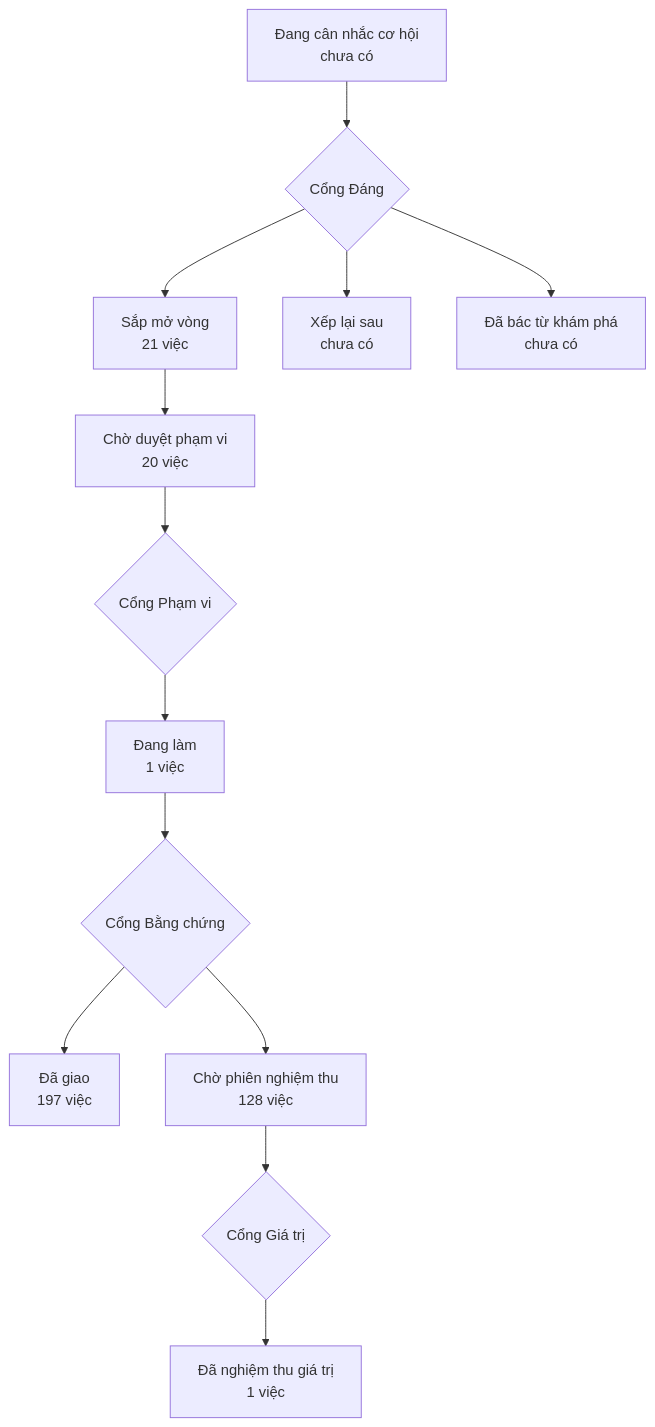
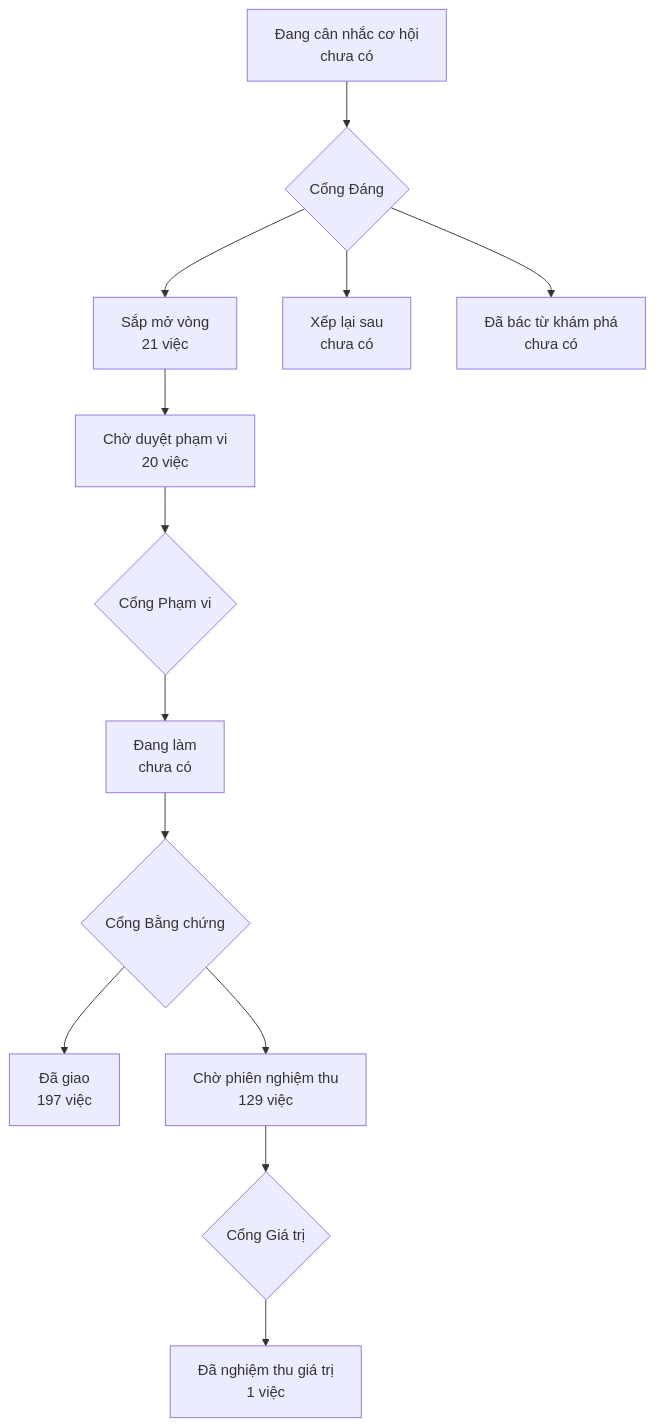
The diagram in PRODUCT-MAP.md (phanlemanh/onehub-invest), drawn with Mermaid before and after one commit. The commit also changed other lines of this file and 4 other files, not shown here.

````diff
--- a/PRODUCT-MAP.md
+++ b/PRODUCT-MAP.md
@@ -7,12 +7,12 @@
 ```mermaid
 flowchart TD
   A["Đang cân nhắc cơ hội<br/>chưa có"] --> GD{"Cổng Đáng"}
   GD --> B["Sắp mở vòng<br/>21 việc"]
   GD --> XL["Xếp lại sau<br/>chưa có"]
   GD --> DB["Đã bác từ khám phá<br/>chưa có"]
   B --> CD["Chờ duyệt phạm vi<br/>20 việc"] --> GP{"Cổng Phạm vi"}
-  GP --> DL["Đang làm<br/>1 việc"] --> GB{"Cổng Bằng chứng"}
+  GP --> DL["Đang làm<br/>chưa có"] --> GB{"Cổng Bằng chứng"}
   GB --> DG["Đã giao<br/>197 việc"]
-  GB --> CN["Chờ phiên nghiệm thu<br/>128 việc"] --> GG{"Cổng Giá trị"}
+  GB --> CN["Chờ phiên nghiệm thu<br/>129 việc"] --> GG{"Cổng Giá trị"}
   GG --> NT["Đã nghiệm thu giá trị<br/>1 việc"]
 ```
````
